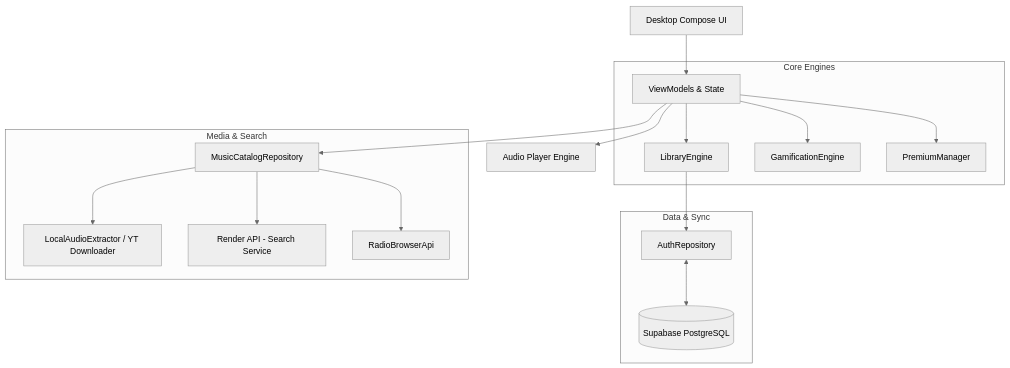
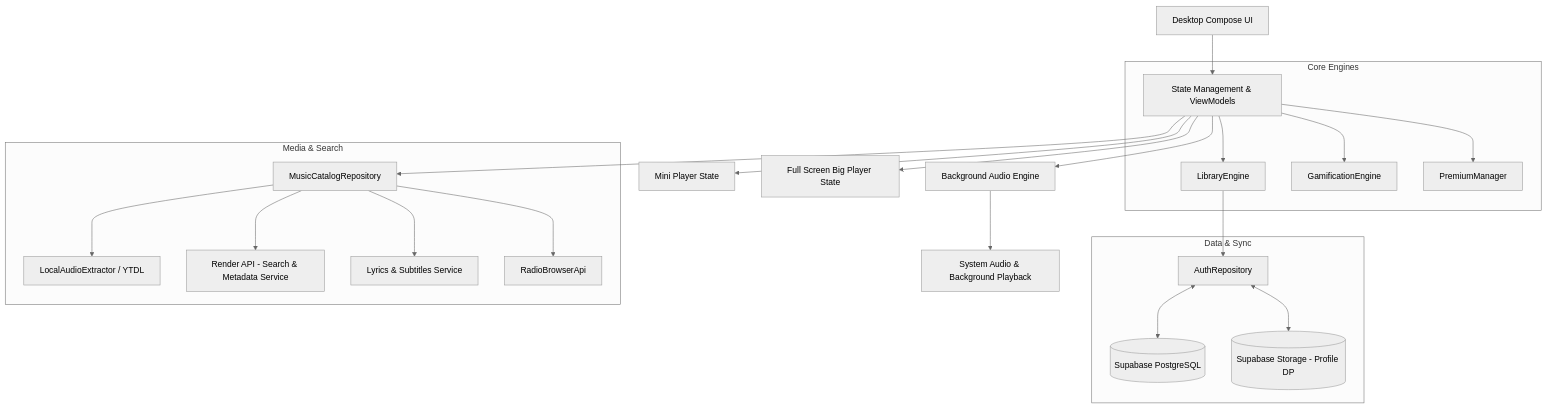
The first of 2 diagrams in README.md (watermelon-music/Watermelon-exe), drawn with Mermaid (neutral theme) before and after one commit. The commit also changed other lines of this file and 1 other file, not shown here.

Commit message:
docs: Update detailed README with in-depth feature architecture and remove Hindi version

````diff
--- a/README.md
+++ b/README.md
@@ -9,24 +12,36 @@
 ```mermaid
 graph TD
-    UI[Desktop Compose UI] --> VM[ViewModels & State]
+    %% UI Components
+    UI[Desktop Compose UI] --> StateManager[State Management & ViewModels]
     
+    %% Player States
+    StateManager --> MiniPlayer[Mini Player State]
+    StateManager --> BigPlayer[Full Screen Big Player State]
+    
+    %% Core Engines
     subgraph Core Engines
-    VM --> Lib[LibraryEngine]
-    VM --> Game[GamificationEngine]
-    VM --> Premium[PremiumManager]
+    StateManager --> Lib[LibraryEngine]
+    StateManager --> Game[GamificationEngine]
+    StateManager --> Premium[PremiumManager]
     end
     
+    %% Data & Sync Layer
     subgraph Data & Sync
     Lib --> Auth[AuthRepository]
     Auth <--> Supabase[(Supabase PostgreSQL)]
+    Auth <--> Storage[(Supabase Storage - Profile DP)]
     end
     
+    %% Media & Network Layer
     subgraph Media & Search
-    VM --> Catalog[MusicCatalogRepository]
-    Catalog --> YTExtractor[LocalAudioExtractor / YT Downloader]
-    Catalog --> RenderAPI[Render API - Search Service]
+    StateManager --> Catalog[MusicCatalogRepository]
+    Catalog --> YTExtractor[LocalAudioExtractor / YTDL]
+    Catalog --> RenderAPI[Render API - Search & Metadata Service]
+    Catalog --> LyricsAPI[Lyrics & Subtitles Service]
     Catalog --> RadioAPI[RadioBrowserApi]
     end
     
-    VM --> Player[Audio Player Engine]
+    %% Audio Engine
+    StateManager --> Player[Background Audio Engine]
+    Player --> AudioOutput[System Audio & Background Playback]
 ```
````
